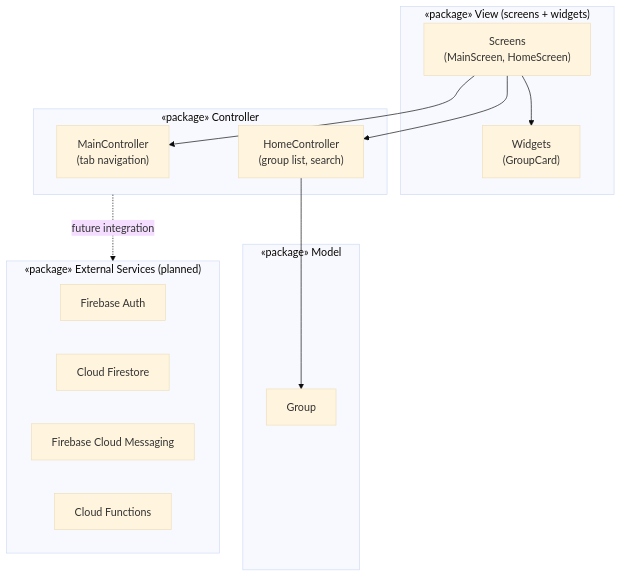
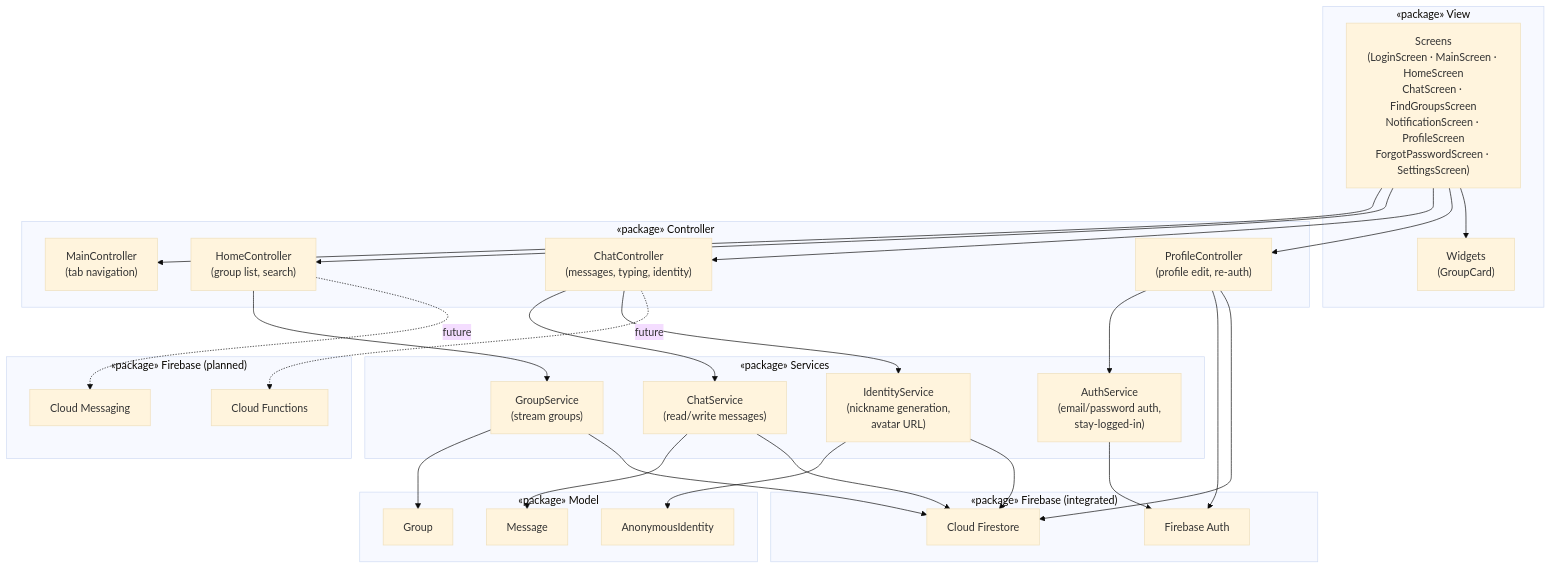
Before and after one commit to danielramaa/aura: the second of 3 diagrams in README.md, drawn with Mermaid (base theme). The commit also changed other lines of this file and 1 other file, not shown here.

````diff
--- a/README.md
+++ b/README.md
@@ -393,29 +393,62 @@
 ```mermaid
 graph TD
-    subgraph View["«package» View (screens + widgets)"]
-        SCREENS["Screens\n(MainScreen, HomeScreen)"]
+    subgraph View["«package» View"]
+        SCREENS["Screens\n(LoginScreen · MainScreen · HomeScreen\nChatScreen · FindGroupsScreen\nNotificationScreen · ProfileScreen\nForgotPasswordScreen · SettingsScreen)"]
         WIDGETS["Widgets\n(GroupCard)"]
     end
 
     subgraph Controller["«package» Controller"]
         MC["MainController\n(tab navigation)"]
         HC["HomeController\n(group list, search)"]
+        CC["ChatController\n(messages, typing, identity)"]
+        PC["ProfileController\n(profile edit, re-auth)"]
     end
 
     subgraph Model["«package» Model"]
         GROUP["Group"]
+        MSG["Message"]
+        ANON["AnonymousIdentity"]
     end
 
-    subgraph ExternalServices["«package» External Services (planned)"]
-        FAUTH[Firebase Auth]
-        FIRESTORE[Cloud Firestore]
-        FCM[Firebase Cloud Messaging]
-        CFUNCTIONS[Cloud Functions]
+    subgraph Services["«package» Services"]
+        AS["AuthService\n(email/password auth,\nstay-logged-in)"]
+        CS["ChatService\n(read/write messages)"]
+        GS["GroupService\n(stream groups)"]
+        IS["IdentityService\n(nickname generation,\navatar URL)"]
+    end
+
+    subgraph Firebase["«package» Firebase (integrated)"]
+        FAUTH["Firebase Auth"]
+        FIRESTORE["Cloud Firestore"]
+    end
+
+    subgraph FirebasePlanned["«package» Firebase (planned)"]
+        FCM["Cloud Messaging"]
+        CFUNCTIONS["Cloud Functions"]
     end
 
     SCREENS --> MC
     SCREENS --> HC
+    SCREENS --> CC
+    SCREENS --> PC
     SCREENS --> WIDGETS
-    HC --> GROUP
-    Controller -.->|future integration| ExternalServices
+
+    HC --> GS
+    CC --> CS
+    CC --> IS
+    PC --> AS
+
+    GS --> GROUP
+    CS --> MSG
+    IS --> ANON
+
+    AS --> FAUTH
+    CS --> FIRESTORE
+    GS --> FIRESTORE
+    IS --> FIRESTORE
+    PC --> FAUTH
+    PC --> FIRESTORE
+
+    HC -.->|future| FCM
+    CC -.->|future| CFUNCTIONS
 ```
````
